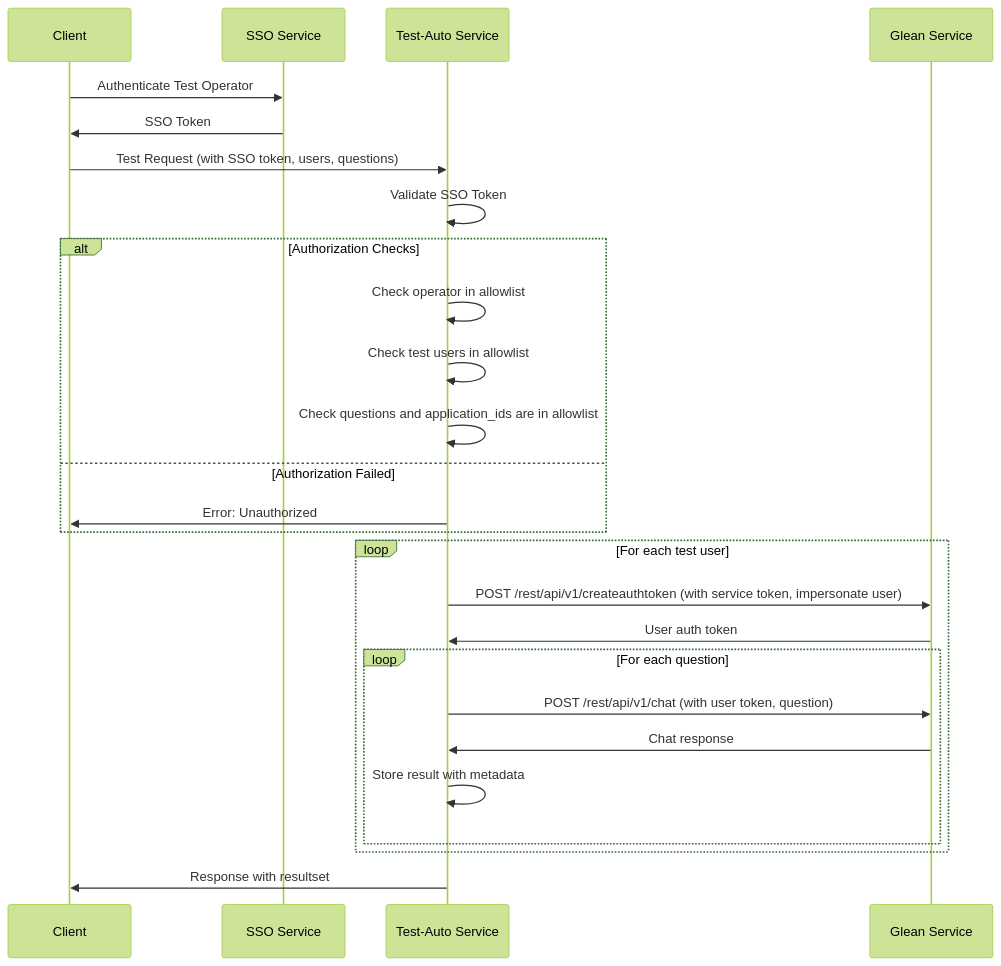
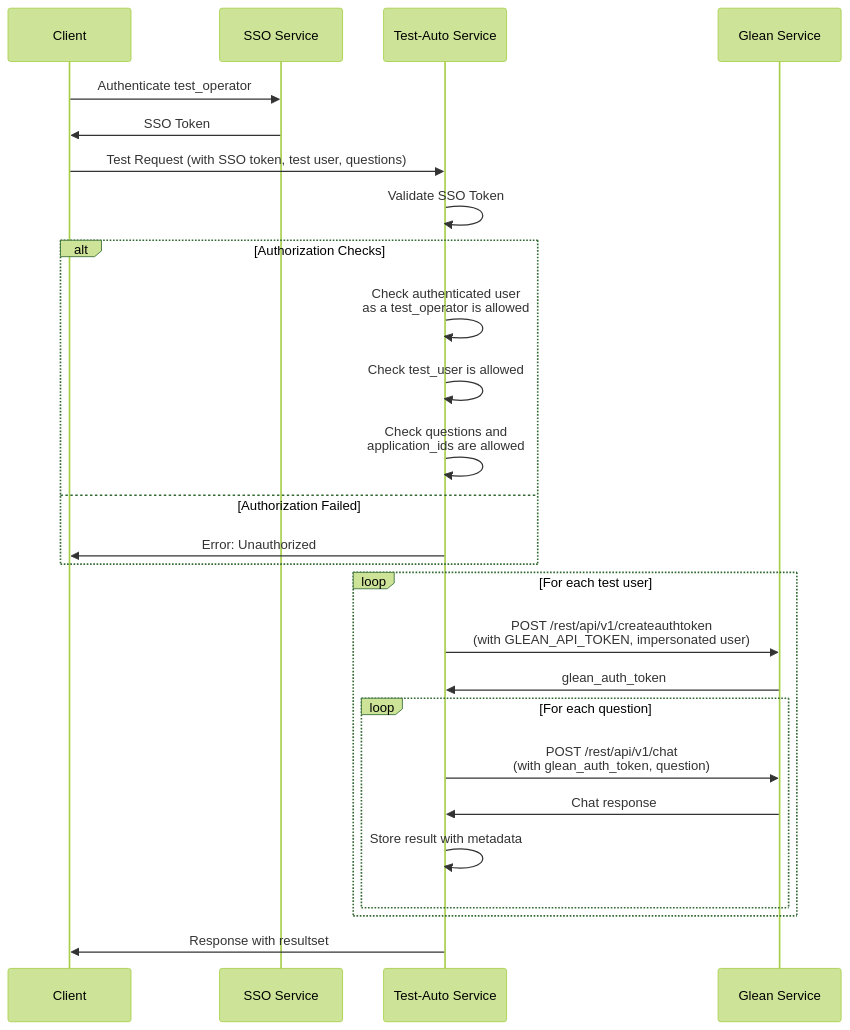
One commit to andrewhzy/test-automation changed the second of 2 diagrams in test-automation-architecture.md. Above: the diagram before and after it, drawn with Mermaid (forest theme). The commit also changed other lines of this file, not shown here.

Commit message:
update test-automation commands.md

````diff
--- a/test-automation-architecture.md
+++ b/test-automation-architecture.md
@@ -48,32 +48,32 @@
 ```mermaid
 sequenceDiagram
     participant C as Client
     participant SSO as SSO Service
     participant TA as Test-Auto Service
     participant G as Glean Service
     
-    C->>SSO: Authenticate Test Operator
+    C->>SSO: Authenticate test_operator
     SSO->>C: SSO Token
-    C->>TA: Test Request (with SSO token, users, questions)
+    C->>TA: Test Request (with SSO token, test user, questions)
     TA->>TA: Validate SSO Token
     
     alt Authorization Checks
-        TA->>TA: Check operator in allowlist
-        TA->>TA: Check test users in allowlist
-        TA->>TA: Check questions and application_ids are in allowlist
+        TA->>TA: Check authenticated user <br/>as a test_operator is allowed
+        TA->>TA: Check test_user is allowed
+        TA->>TA: Check questions and <br/>application_ids are allowed
     else Authorization Failed
         TA->>C: Error: Unauthorized
     end
     
     loop For each test user
-        TA->>G: POST /rest/api/v1/createauthtoken (with service token, impersonate user)
-        G->>TA: User auth token
+        TA->>G: POST /rest/api/v1/createauthtoken <br/>(with GLEAN_API_TOKEN, impersonated user)
+        G->>TA: glean_auth_token
         loop For each question
-            TA->>G: POST /rest/api/v1/chat (with user token, question)
+            TA->>G: POST /rest/api/v1/chat<br/> (with glean_auth_token, question)
             G->>TA: Chat response
             TA->>TA: Store result with metadata
         end
     end
 
     TA->>C: Response with resultset
 ```
````
